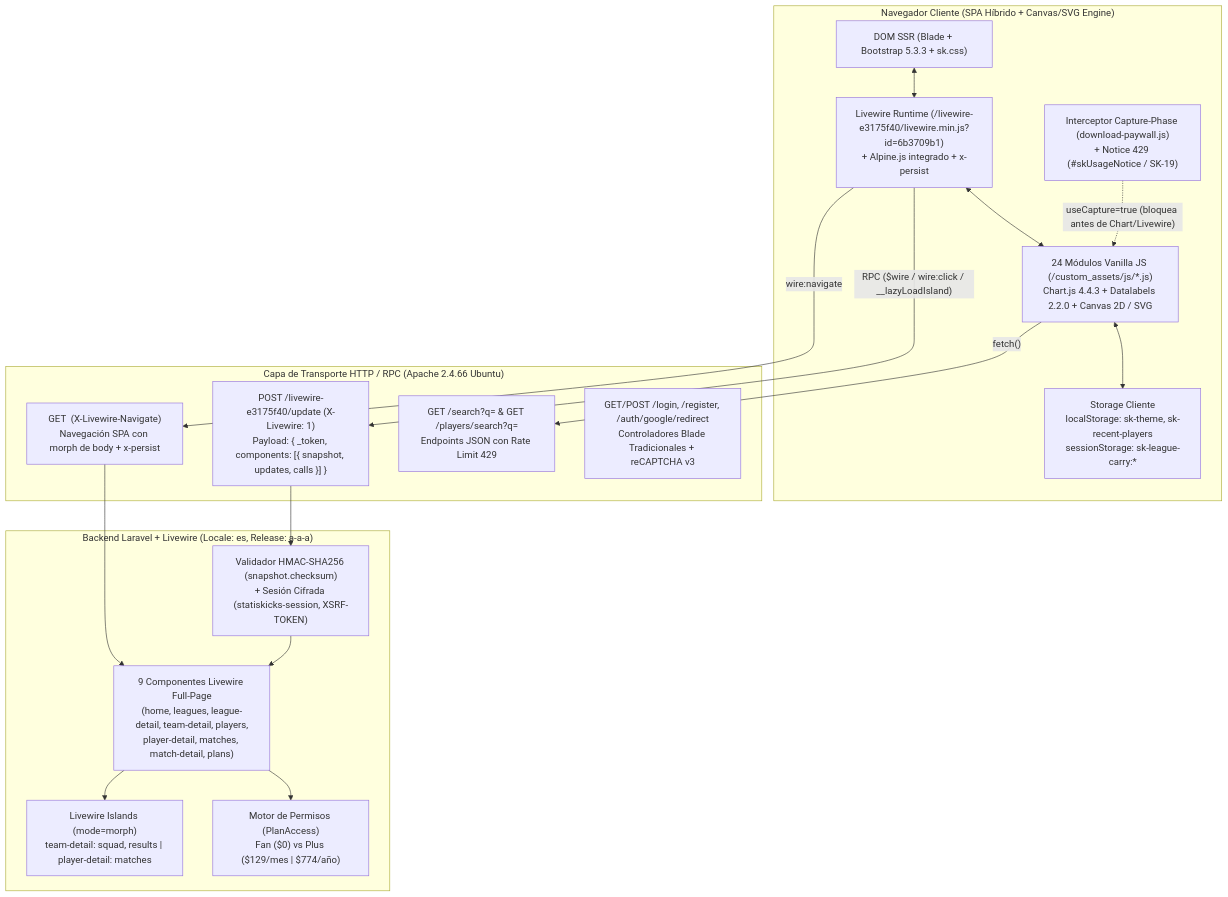
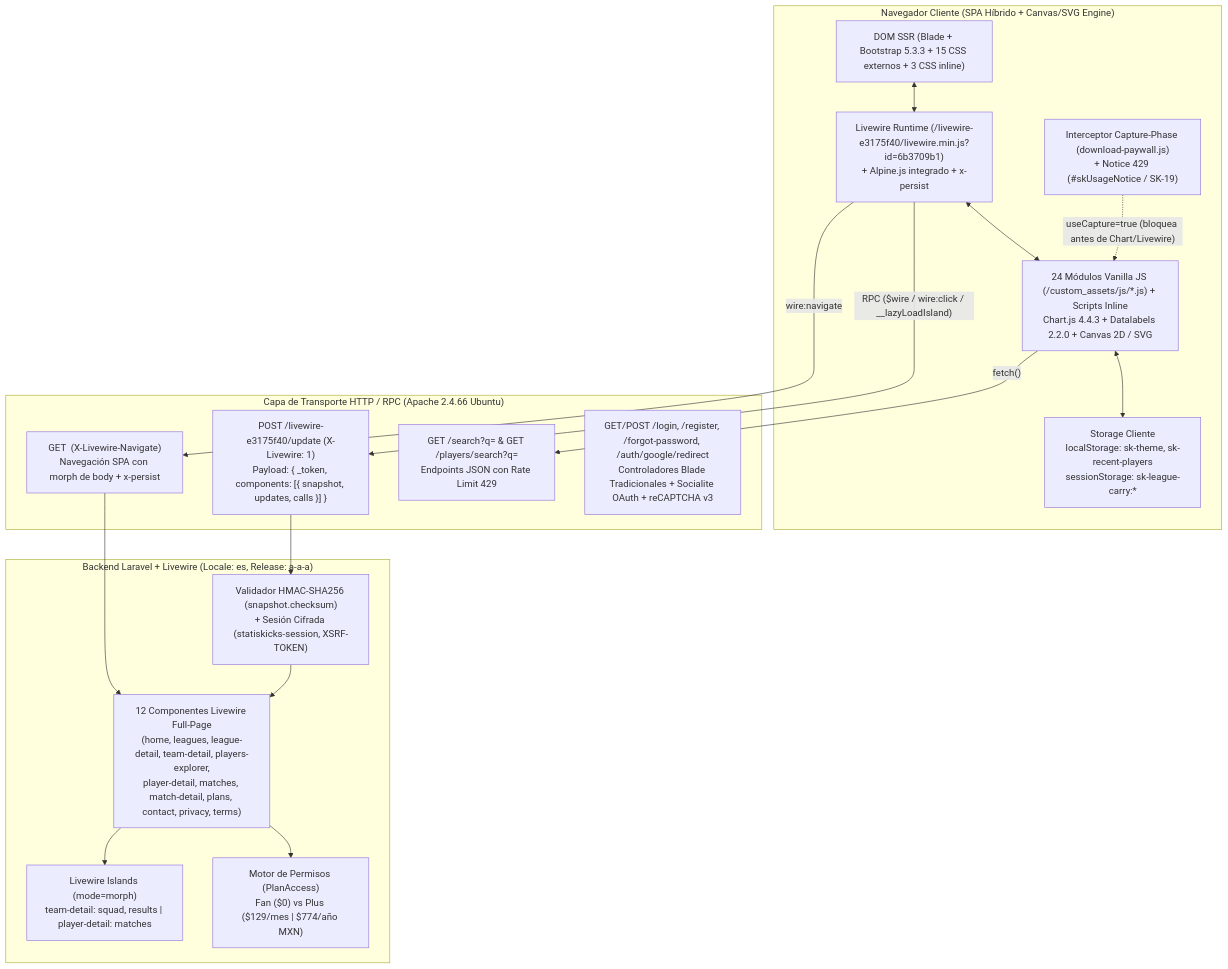
One commit to jairbonillacan-cmd/pitch changed the first of 2 diagrams in reports/02-architecture-and-routing.md. Above: the diagram before and after it, drawn with Mermaid. The commit also changed other lines of this file and 211 other files, not shown here.

````diff
--- a/reports/02-architecture-and-routing.md
+++ b/reports/02-architecture-and-routing.md
@@ -14,36 +14,36 @@
 ```mermaid
 flowchart TB
     subgraph Client["Navegador Cliente (SPA Híbrido + Canvas/SVG Engine)"]
-        BladeDOM["DOM SSR (Blade + Bootstrap 5.3.3 + sk.css)"]
+        BladeDOM["DOM SSR (Blade + Bootstrap 5.3.3 + 15 CSS externos + 3 CSS inline)"]
         LivewireJS["Livewire Runtime (/livewire-e3175f40/livewire.min.js?id=6b3709b1)<br/>+ Alpine.js integrado + x-persist"]
-        CustomJS["24 Módulos Vanilla JS (/custom_assets/js/*.js)<br/>Chart.js 4.4.3 + Datalabels 2.2.0 + Canvas 2D / SVG"]
+        CustomJS["24 Módulos Vanilla JS (/custom_assets/js/*.js) + Scripts Inline<br/>Chart.js 4.4.3 + Datalabels 2.2.0 + Canvas 2D / SVG"]
         Storage["Storage Cliente<br/>localStorage: sk-theme, sk-recent-players<br/>sessionStorage: sk-league-carry:*"]
         PaywallJS["Interceptor Capture-Phase (download-paywall.js)<br/>+ Notice 429 (#skUsageNotice / SK-19)"]
     end
 
     subgraph Transport["Capa de Transporte HTTP / RPC (Apache 2.4.66 Ubuntu)"]
         WireNavigate["GET <ruta> (X-Livewire-Navigate)<br/>Navegación SPA con morph de body + x-persist"]
         WireUpdate["POST /livewire-e3175f40/update (X-Livewire: 1)<br/>Payload: { _token, components: [{ snapshot, updates, calls }] }"]
         SearchJSON["GET /search?q= & GET /players/search?q=<br/>Endpoints JSON con Rate Limit 429"]
-        AuthRoutes["GET/POST /login, /register, /auth/google/redirect<br/>Controladores Blade Tradicionales + reCAPTCHA v3"]
+        AuthRoutes["GET/POST /login, /register, /forgot-password, /auth/google/redirect<br/>Controladores Blade Tradicionales + Socialite OAuth + reCAPTCHA v3"]
     end
 
     subgraph Server["Backend Laravel + Livewire (Locale: es, Release: a-a-a)"]
-        LWComponents["9 Componentes Livewire Full-Page<br/>(home, leagues, league-detail, team-detail, players,<br/>player-detail, matches, match-detail, plans)"]
+        LWComponents["12 Componentes Livewire Full-Page<br/>(home, leagues, league-detail, team-detail, players-explorer,<br/>player-detail, matches, match-detail, plans, contact, privacy, terms)"]
         LWIslands["Livewire Islands (mode=morph)<br/>team-detail: squad, results | player-detail: matches"]
         HMAC["Validador HMAC-SHA256 (snapshot.checksum)<br/>+ Sesión Cifrada (statiskicks-session, XSRF-TOKEN)"]
-        PlanGate["Motor de Permisos (PlanAccess)<br/>Fan ($0) vs Plus ($129/mes | $774/año)"]
+        PlanGate["Motor de Permisos (PlanAccess)<br/>Fan ($0) vs Plus ($129/mes | $774/año MXN)"]
     end
 
     BladeDOM <--> LivewireJS
     LivewireJS <--> CustomJS
     CustomJS <--> Storage
     PaywallJS -.->|"useCapture=true (bloquea antes de Chart/Livewire)"| CustomJS
     LivewireJS -->|"wire:navigate"| WireNavigate
     LivewireJS -->|"RPC ($wire / wire:click / __lazyLoadIsland)"| WireUpdate
     CustomJS -->|"fetch()"| SearchJSON
     WireNavigate --> LWComponents
     WireUpdate --> HMAC --> LWComponents
     LWComponents --> LWIslands
     LWComponents --> PlanGate
 ```
````
